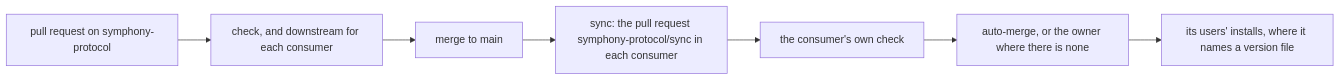
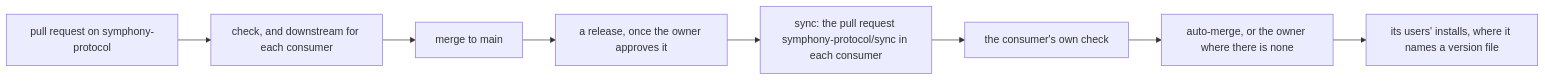
Before and after one commit to OpenSpineConsortium/sdlc-protocol: the second of 2 diagrams in ECOSYSTEM.md, drawn with Mermaid. The commit also changed other lines of this file and 11 other files, not shown here.

````diff
--- a/ECOSYSTEM.md
+++ b/ECOSYSTEM.md
@@ -116,9 +116,10 @@
 ```mermaid
 flowchart LR
   pr["pull request on symphony-protocol"] --> checks["check, and downstream for each consumer"]
   checks --> merge["merge to main"]
-  merge --> pulls["sync: the pull request symphony-protocol/sync in each consumer"]
+  merge --> release["a release, once the owner approves it"]
+  release --> pulls["sync: the pull request symphony-protocol/sync in each consumer"]
   pulls --> theirs["the consumer's own check"]
   theirs --> lands["auto-merge, or the owner where there is none"]
   lands --> users["its users' installs, where it names a version file"]
 ```
````
